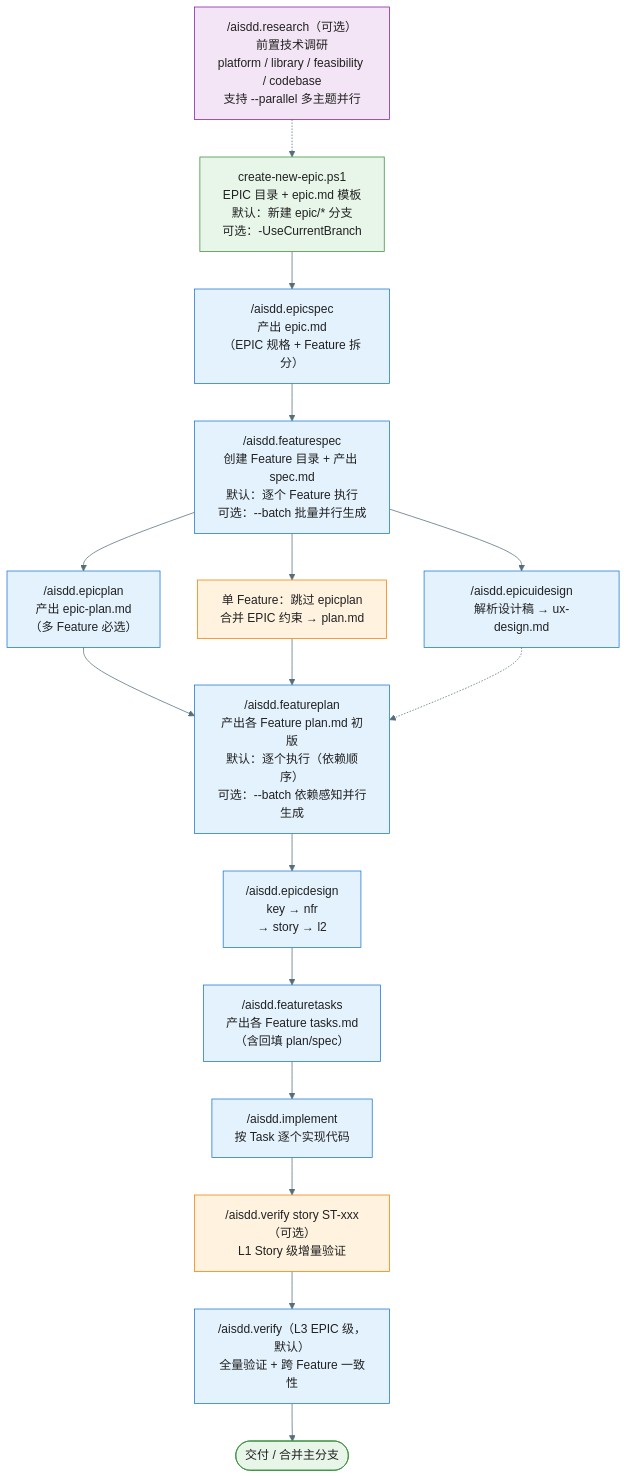
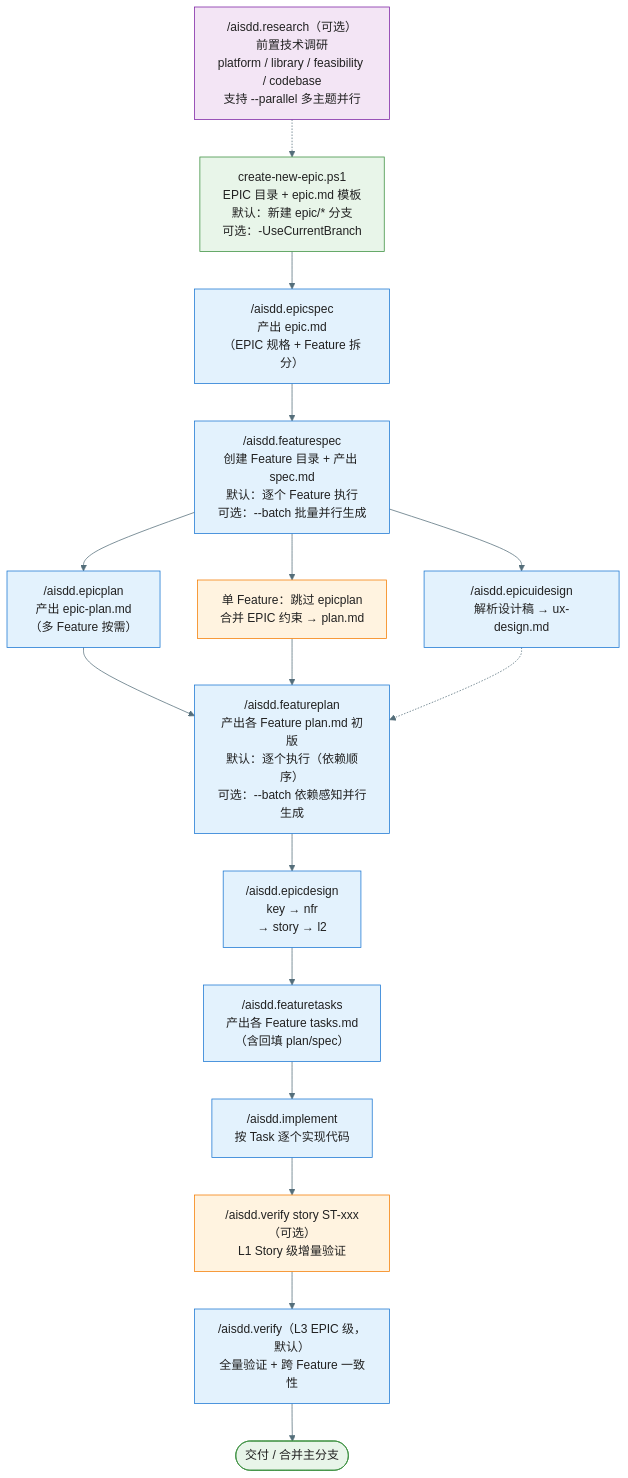
The third of 8 diagrams in docs/workflow-overview.md (jackykarma/Verity), drawn with Mermaid before and after one commit. The commit also changed other lines of this file and 28 other files, not shown here.

````diff
--- a/docs/workflow-overview.md
+++ b/docs/workflow-overview.md
@@ -165,25 +165,25 @@
 ```mermaid
 %%{init: {'theme': 'base', 'themeVariables': { 'primaryColor': '#E3F2FD', 'primaryTextColor': '#212121', 'primaryBorderColor': '#1976D2', 'lineColor': '#546E7A'}}}%%
 flowchart TD
     Step0["/aisdd.research（可选）<br/>前置技术调研<br/>platform / library / feasibility / codebase<br/>支持 --parallel 多主题并行"] -.-> Step1
     Step1["create-new-epic.ps1<br/>EPIC 目录 + epic.md 模板<br/>默认：新建 epic/* 分支<br/>可选：-UseCurrentBranch"] --> Step2["/aisdd.epicspec<br/>产出 epic.md<br/>（EPIC 规格 + Feature 拆分）"]
     Step2 --> Step3["/aisdd.featurespec<br/>创建 Feature 目录 + 产出 spec.md<br/>默认：逐个 Feature 执行<br/>可选：--batch 批量并行生成"]
-    Step3 --> Step4["/aisdd.epicplan<br/>产出 epic-plan.md<br/>（多 Feature 必选）"]
+    Step3 --> Step4["/aisdd.epicplan<br/>产出 epic-plan.md<br/>（多 Feature 按需）"]
     Step3 --> Step5["/aisdd.epicuidesign<br/>解析设计稿 → ux-design.md"]
     Step3 --> Step4b["单 Feature：跳过 epicplan<br/>合并 EPIC 约束 → plan.md"]
     Step4 --> Step6["/aisdd.featureplan<br/>产出各 Feature plan.md 初版<br/>默认：逐个执行（依赖顺序）<br/>可选：--batch 依赖感知并行生成"]
     Step4b --> Step6
     Step5 -.-> Step6
     Step6 --> Step7["/aisdd.epicdesign<br/>key → nfr<br/>→ story → l2"]
     Step7 --> Step8["/aisdd.featuretasks<br/>产出各 Feature tasks.md<br/>（含回填 plan/spec）"]
     Step8 --> Step9["/aisdd.implement<br/>按 Task 逐个实现代码"]
     Step9 --> Step9b["/aisdd.verify story ST-xxx（可选）<br/>L1 Story 级增量验证"]
     Step9b --> Step10["/aisdd.verify（L3 EPIC 级，默认）<br/>全量验证 + 跨 Feature 一致性"]
     Step10 --> Step11([交付 / 合并主分支])
 
     style Step0 fill:#F3E5F5,stroke:#7B1FA2
     style Step1 fill:#E8F5E9,stroke:#388E3C
     style Step4b fill:#FFF3E0,stroke:#F57C00
     style Step9b fill:#FFF3E0,stroke:#F57C00
     style Step11 fill:#E8F5E9,stroke:#388E3C
 ```
````
